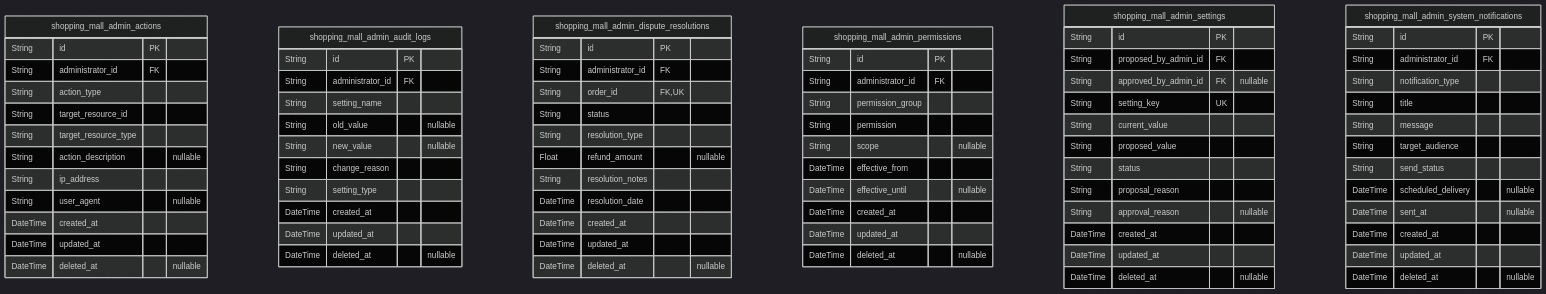
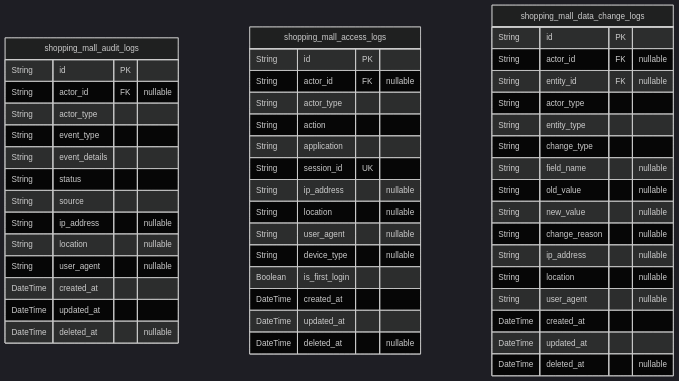
Before and after one commit to wrtnlabs/autobe-examples: the tenth of 10 diagrams in qwen/qwen3-next-80b-a3b-instruct/shopping/docs/ERD.md, drawn with Mermaid (dark theme). The commit also changed other lines of this file and 7173 other files, not shown here.

````diff
--- a/qwen/qwen3-next-80b-a3b-instruct/shopping/docs/ERD.md
+++ b/qwen/qwen3-next-80b-a3b-instruct/shopping/docs/ERD.md
@@ -2470,81 +2292,52 @@
 ```mermaid
 erDiagram
-"shopping_mall_admin_actions" {
+"shopping_mall_audit_logs" {
   String id PK
-  String administrator_id FK
-  String action_type
-  String target_resource_id
-  String target_resource_type
-  String action_description "nullable"
-  String ip_address
+  String actor_id FK "nullable"
+  String actor_type
+  String event_type
+  String event_details
+  String status
+  String source
+  String ip_address "nullable"
+  String location "nullable"
   String user_agent "nullable"
   DateTime created_at
   DateTime updated_at
   DateTime deleted_at "nullable"
 }
-"shopping_mall_admin_audit_logs" {
+"shopping_mall_access_logs" {
   String id PK
-  String administrator_id FK
-  String setting_name
-  String old_value "nullable"
-  String new_value "nullable"
-  String change_reason
-  String setting_type
+  String actor_id FK "nullable"
+  String actor_type
+  String action
+  String application
+  String session_id UK
+  String ip_address "nullable"
+  String location "nullable"
+  String user_agent "nullable"
+  String device_type "nullable"
+  Boolean is_first_login
   DateTime created_at
   DateTime updated_at
   DateTime deleted_at "nullable"
 }
-"shopping_mall_admin_dispute_resolutions" {
+"shopping_mall_data_change_logs" {
   String id PK
-  String administrator_id FK
-  String order_id FK,UK
-  String status
-  String resolution_type
-  Float refund_amount "nullable"
-  String resolution_notes
-  DateTime resolution_date
-  DateTime created_at
-  DateTime updated_at
-  DateTime deleted_at "nullable"
-}
-"shopping_mall_admin_permissions" {
-  String id PK
-  String administrator_id FK
-  String permission_group
-  String permission
-  String scope "nullable"
-  DateTime effective_from
-  DateTime effective_until "nullable"
-  DateTime created_at
-  DateTime updated_at
-  DateTime deleted_at "nullable"
-}
-"shopping_mall_admin_settings" {
-  String id PK
-  String proposed_by_admin_id FK
-  String approved_by_admin_id FK "nullable"
-  String setting_key UK
-  String current_value
-  String proposed_value
-  String status
-  String proposal_reason
-  String approval_reason "nullable"
-  DateTime created_at
-  DateTime updated_at
-  DateTime deleted_at "nullable"
-}
-"shopping_mall_admin_system_notifications" {
-  String id PK
-  String administrator_id FK
-  String notification_type
-  String title
-  String message
-  String target_audience
-  String send_status
-  DateTime scheduled_delivery "nullable"
-  DateTime sent_at "nullable"
+  String actor_id FK "nullable"
+  String entity_id FK "nullable"
+  String actor_type
+  String entity_type
+  String change_type
+  String field_name "nullable"
+  String old_value "nullable"
+  String new_value "nullable"
+  String change_reason "nullable"
+  String ip_address "nullable"
+  String location "nullable"
+  String user_agent "nullable"
   DateTime created_at
   DateTime updated_at
   DateTime deleted_at "nullable"
 }
 ```
````
